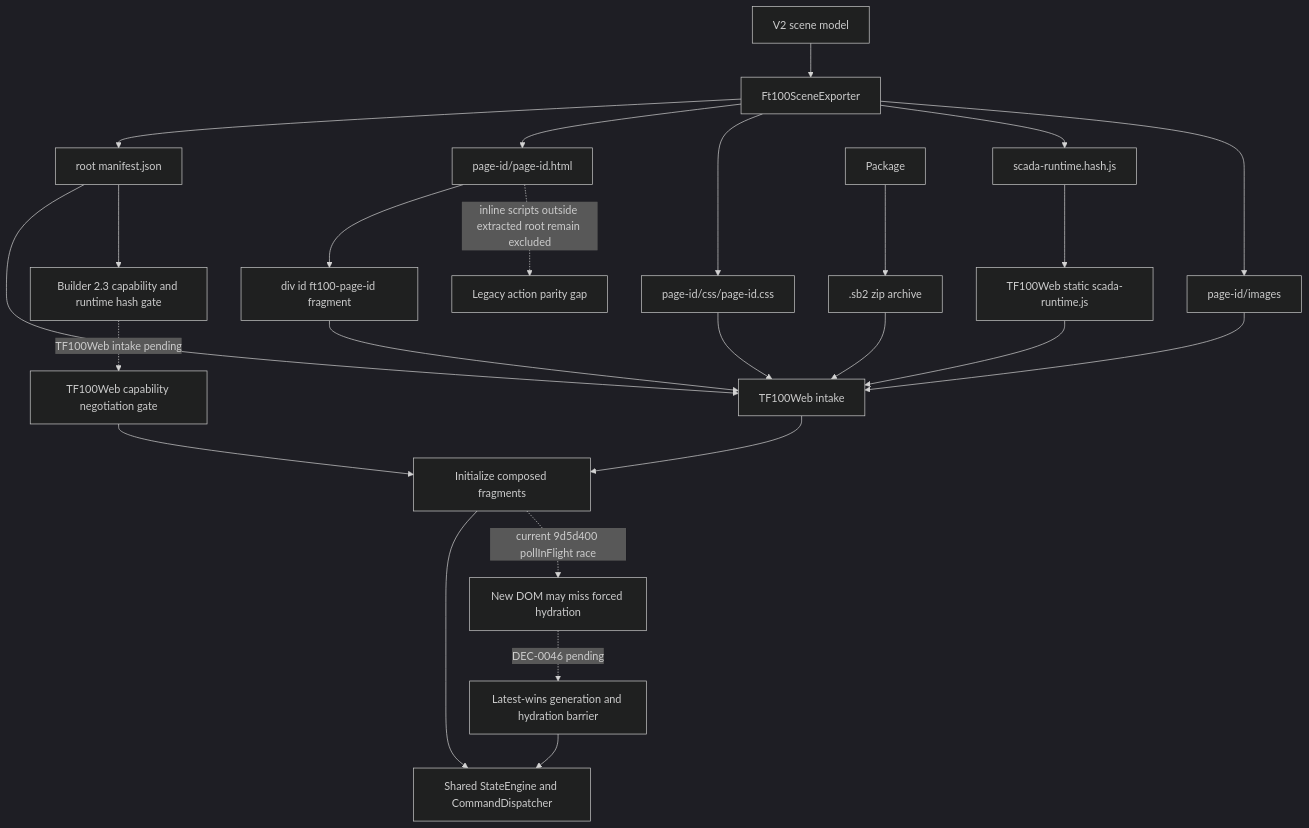
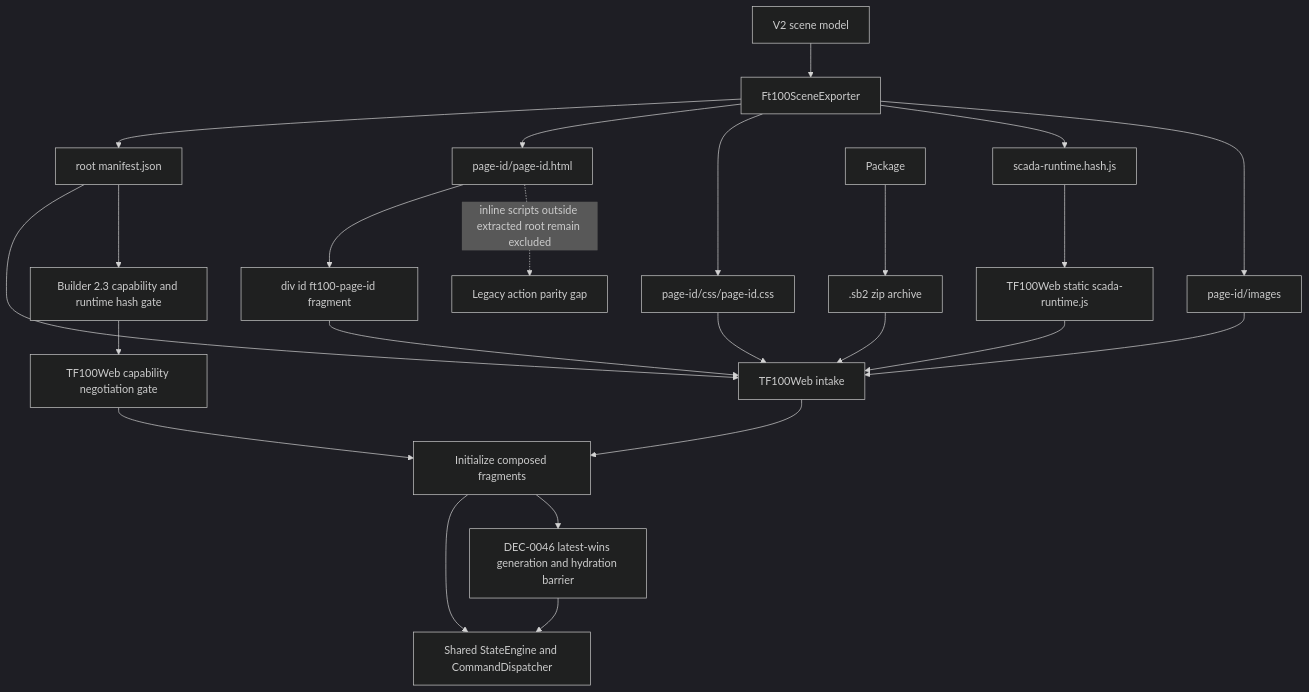
Before and after one commit to technologiesflorizon/scadabuilder: the diagram in docs/03_runtime_contracts/FT100_TF100WEB_PACKAGE_CONTRACT_V2.md, drawn with Mermaid (dark theme). The commit also changed other lines of this file and 11 other files, not shown here.

````diff
--- a/docs/03_runtime_contracts/FT100_TF100WEB_PACKAGE_CONTRACT_V2.md
+++ b/docs/03_runtime_contracts/FT100_TF100WEB_PACKAGE_CONTRACT_V2.md
@@ -259,27 +250,26 @@
 ```mermaid
 flowchart TD
   Scene[V2 scene model] --> Exporter[Ft100SceneExporter]
   Exporter --> RootManifest[root manifest.json]
   Exporter --> PageHtml[page-id/page-id.html]
   Exporter --> PageCss[page-id/css/page-id.css]
   Exporter --> Runtime[scada-runtime.hash.js]
   Exporter --> Assets[page-id/images]
   RootManifest --> TF100Web[TF100Web intake]
   PageHtml --> RootFragment[div id ft100-page-id fragment]
   RootFragment --> TF100Web
   PageCss --> TF100Web
   Assets --> TF100Web
   Package --> Sb2[.sb2 zip archive]
   Sb2 --> TF100Web
   Runtime --> DeployRuntime[TF100Web static scada-runtime.js]
   DeployRuntime --> TF100Web
   TF100Web --> Init[Initialize composed fragments]
   Init --> StateCommand[Shared StateEngine and CommandDispatcher]
-  Init -. current 9d5d400 pollInFlight race .-> HydrationGap[New DOM may miss forced hydration]
-  HydrationGap -. DEC-0046 pending .-> NavigationEpoch[Latest-wins generation and hydration barrier]
+  Init --> NavigationEpoch[DEC-0046 latest-wins generation and hydration barrier]
   NavigationEpoch --> StateCommand
   RootManifest --> BuilderGate[Builder 2.3 capability and runtime hash gate]
-  BuilderGate -. TF100Web intake pending .-> CapabilityGate[TF100Web capability negotiation gate]
+  BuilderGate --> CapabilityGate[TF100Web capability negotiation gate]
   CapabilityGate --> Init
   PageHtml -. inline scripts outside extracted root remain excluded .-> Gap[Legacy action parity gap]
 ```
````
